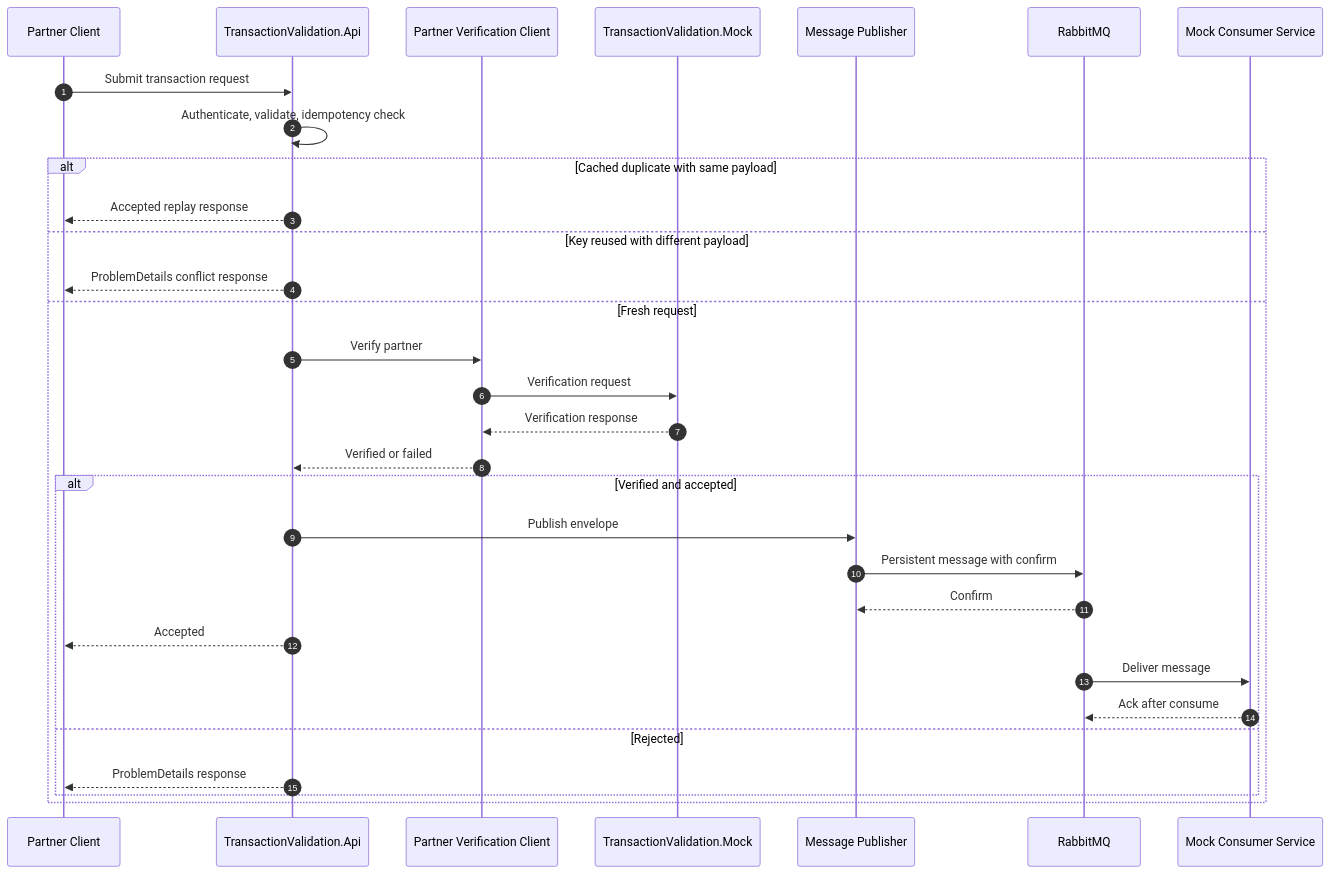
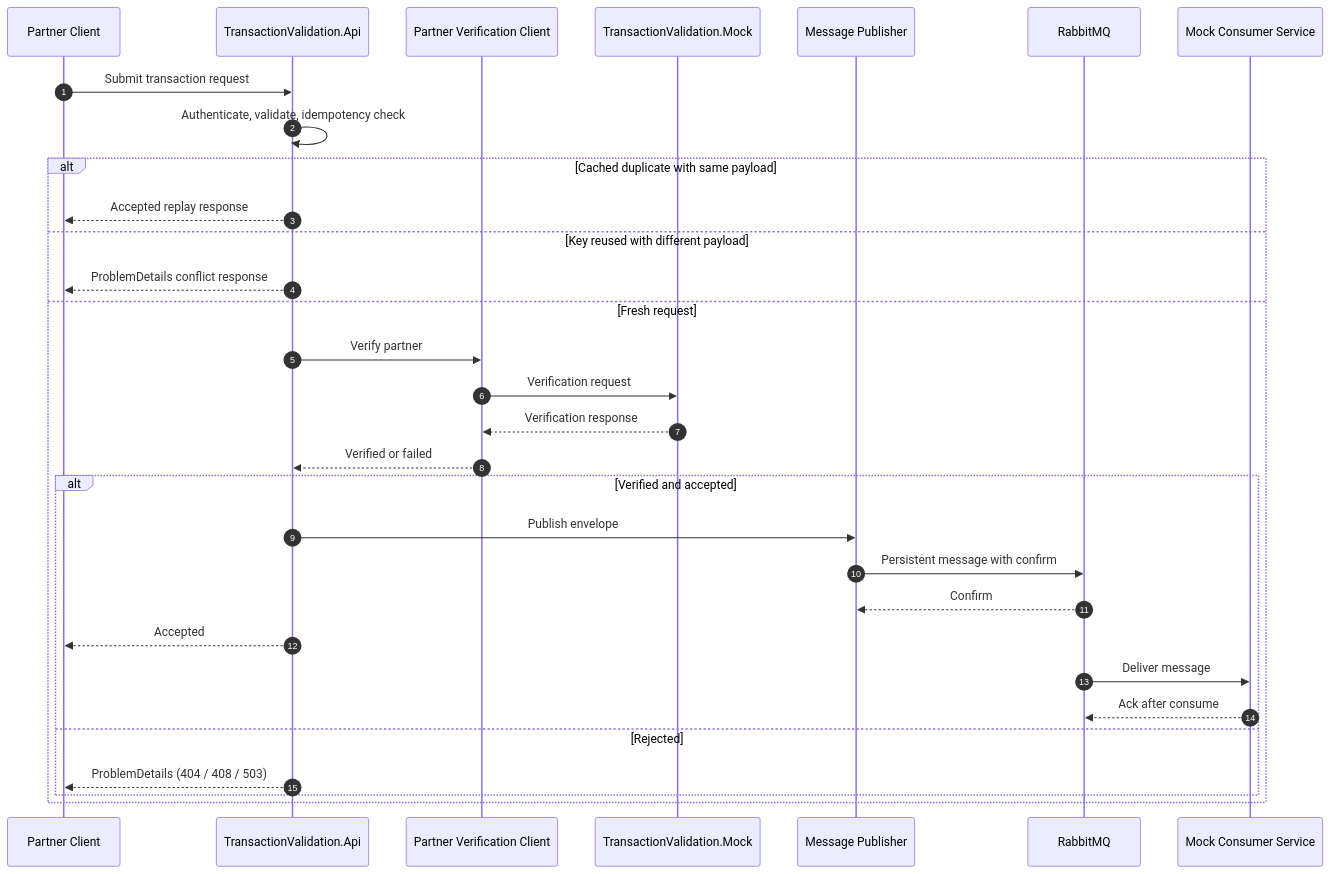
The third of 3 diagrams in docs/architecture_design/Architecture_design.md (haudtech/transaction-validation), drawn with Mermaid before and after one commit. The commit also changed other lines of this file and 27 other files, not shown here.

````diff
--- a/docs/architecture_design/Architecture_design.md
+++ b/docs/architecture_design/Architecture_design.md
@@ -74,36 +74,36 @@
 ```mermaid
 sequenceDiagram
     autonumber
     participant Client as Partner Client
     participant API as TransactionValidation.Api
     participant Verify as Partner Verification Client
     participant Mock as TransactionValidation.Mock
     participant Publish as Message Publisher
     participant MQ as RabbitMQ
     participant Consumer as Mock Consumer Service
 
     Client->>API: Submit transaction request
     API->>API: Authenticate, validate, idempotency check
 
     alt Cached duplicate with same payload
         API-->>Client: Accepted replay response
     else Key reused with different payload
         API-->>Client: ProblemDetails conflict response
     else Fresh request
         API->>Verify: Verify partner
         Verify->>Mock: Verification request
         Mock-->>Verify: Verification response
         Verify-->>API: Verified or failed
 
         alt Verified and accepted
             API->>Publish: Publish envelope
             Publish->>MQ: Persistent message with confirm
             MQ-->>Publish: Confirm
             API-->>Client: Accepted
             MQ->>Consumer: Deliver message
             Consumer-->>MQ: Ack after consume
         else Rejected
-            API-->>Client: ProblemDetails response
+            API-->>Client: ProblemDetails (404 / 408 / 503)
         end
     end
 ```
````
